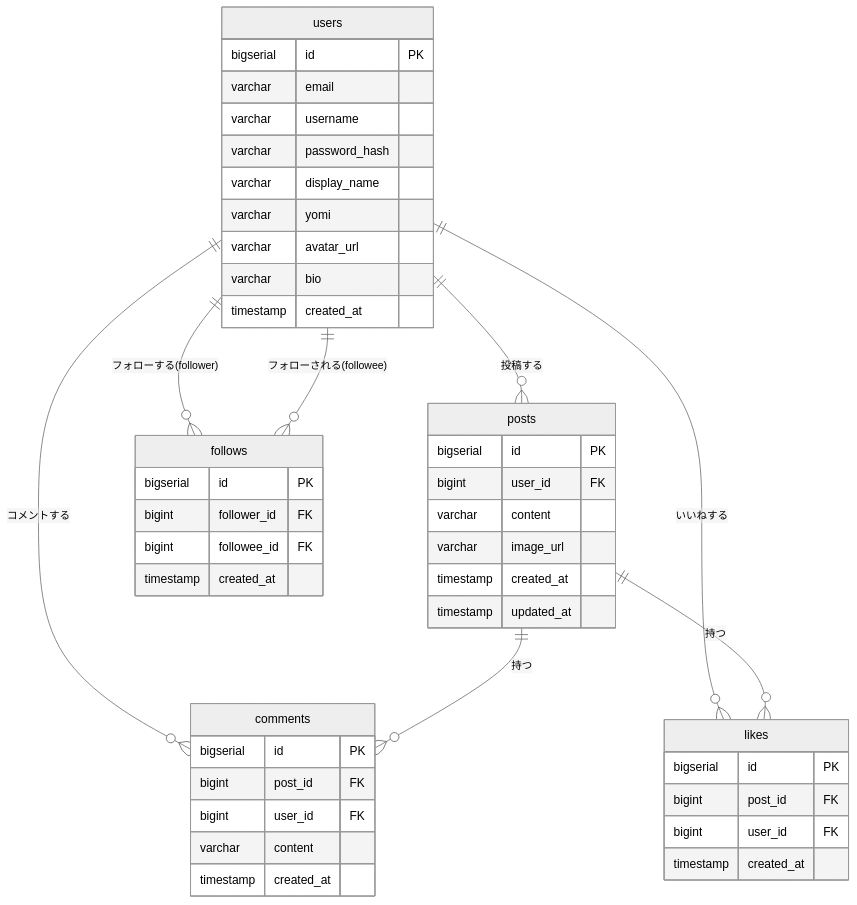
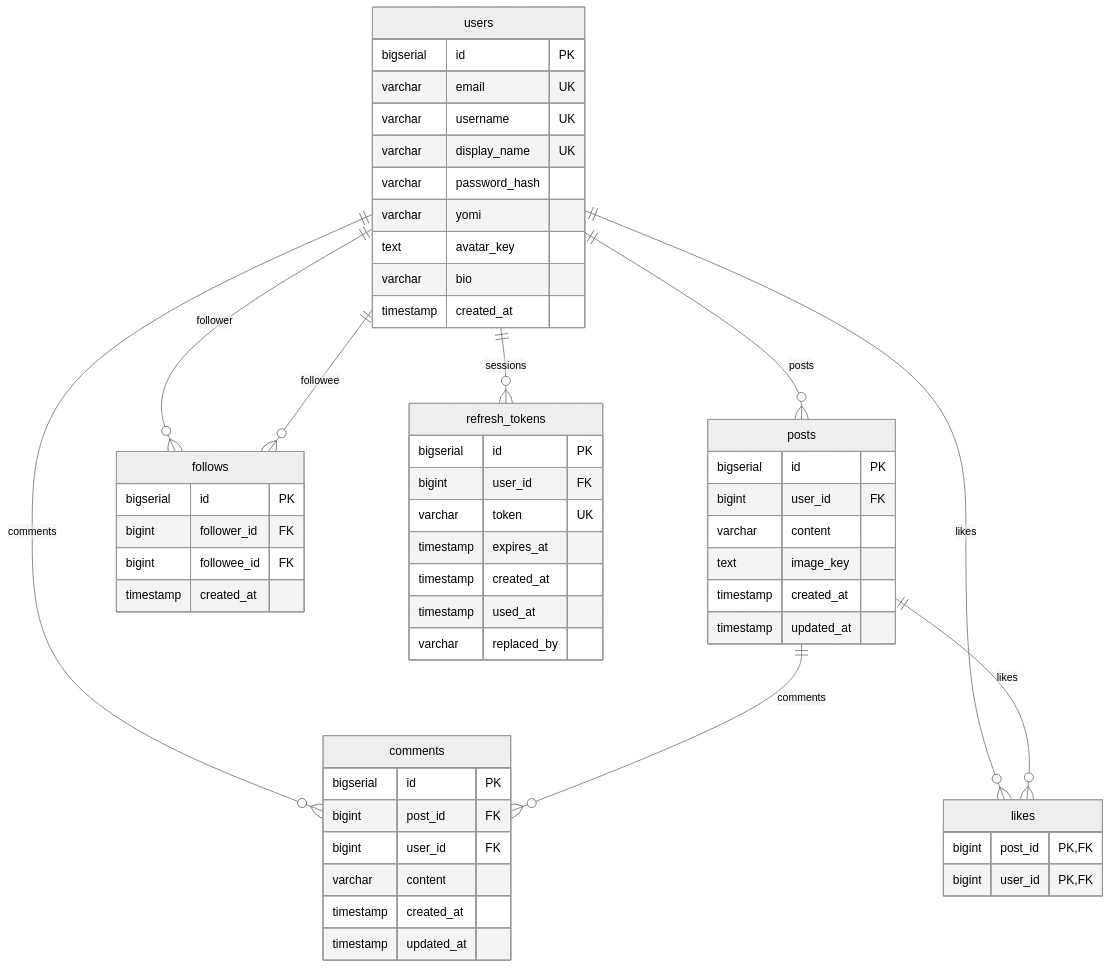
One commit to yamamotonaoki3/RaiseTimeLine changed the diagram in docs/details/data-model.md. Above: the diagram before and after it, drawn with Mermaid (neutral theme). The commit also changed other lines of this file and 27 other files, not shown here.

````diff
--- a/docs/details/data-model.md
+++ b/docs/details/data-model.md
@@ -9,49 +10,57 @@
 ```mermaid
 erDiagram
+    users ||--o{ posts : posts
+    users ||--o{ comments : comments
+    users ||--o{ likes : likes
+    users ||--o{ follows : follower
+    users ||--o{ follows : followee
+    users ||--o{ refresh_tokens : sessions
+    posts ||--o{ comments : comments
+    posts ||--o{ likes : likes
     users {
         bigserial id PK
-        varchar email
-        varchar username
+        varchar email UK
+        varchar username UK
+        varchar display_name UK
         varchar password_hash
-        varchar display_name
         varchar yomi
-        varchar avatar_url
+        text avatar_key
         varchar bio
         timestamp created_at
     }
     posts {
         bigserial id PK
         bigint user_id FK
         varchar content
-        varchar image_url
+        text image_key
         timestamp created_at
         timestamp updated_at
     }
     comments {
         bigserial id PK
         bigint post_id FK
         bigint user_id FK
         varchar content
         timestamp created_at
+        timestamp updated_at
     }
     likes {
-        bigserial id PK
-        bigint post_id FK
-        bigint user_id FK
-        timestamp created_at
+        bigint post_id PK,FK
+        bigint user_id PK,FK
     }
     follows {
         bigserial id PK
         bigint follower_id FK
         bigint followee_id FK
         timestamp created_at
     }
-
-    users ||--o{ posts : "投稿する"
-    users ||--o{ comments : "コメントする"
-    users ||--o{ likes : "いいねする"
-    users ||--o{ follows : "フォローする(follower)"
-    users ||--o{ follows : "フォローされる(followee)"
-    posts ||--o{ comments : "持つ"
-    posts ||--o{ likes : "持つ"
+    refresh_tokens {
+        bigserial id PK
+        bigint user_id FK
+        varchar token UK
+        timestamp expires_at
+        timestamp created_at
+        timestamp used_at
+        varchar replaced_by
+    }
 ```
````
